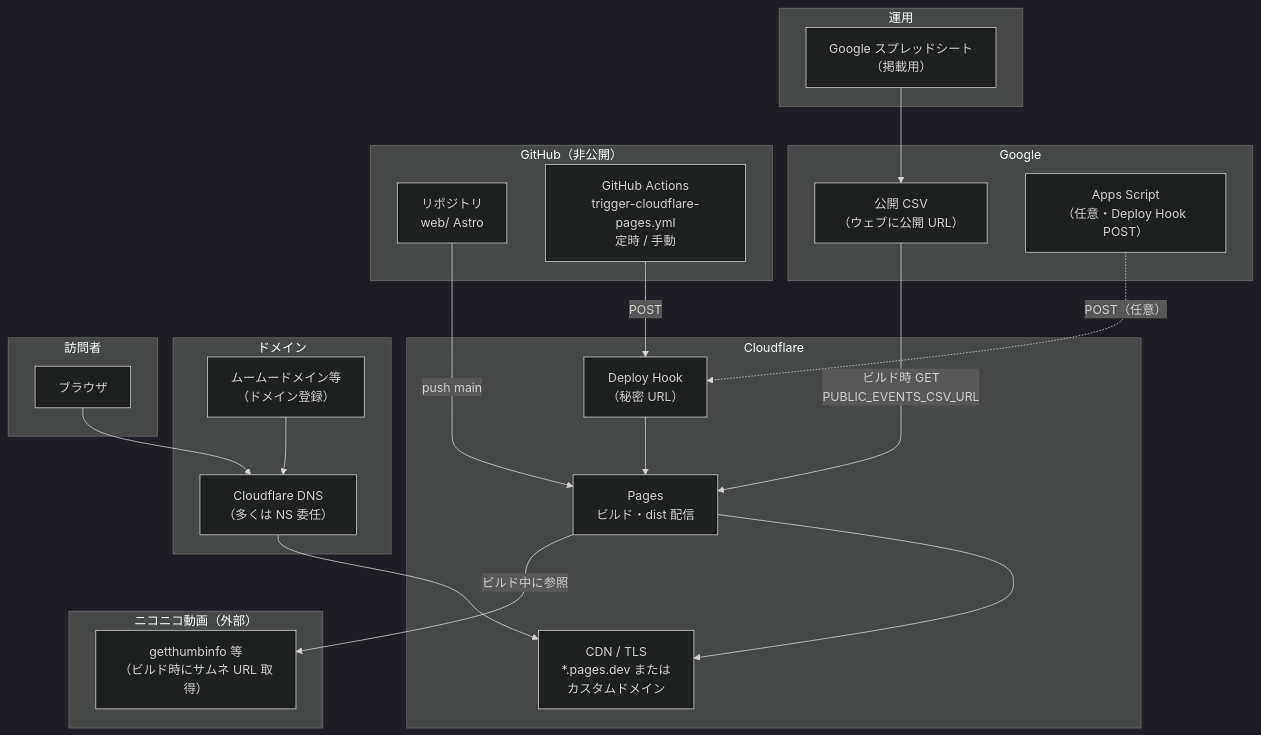
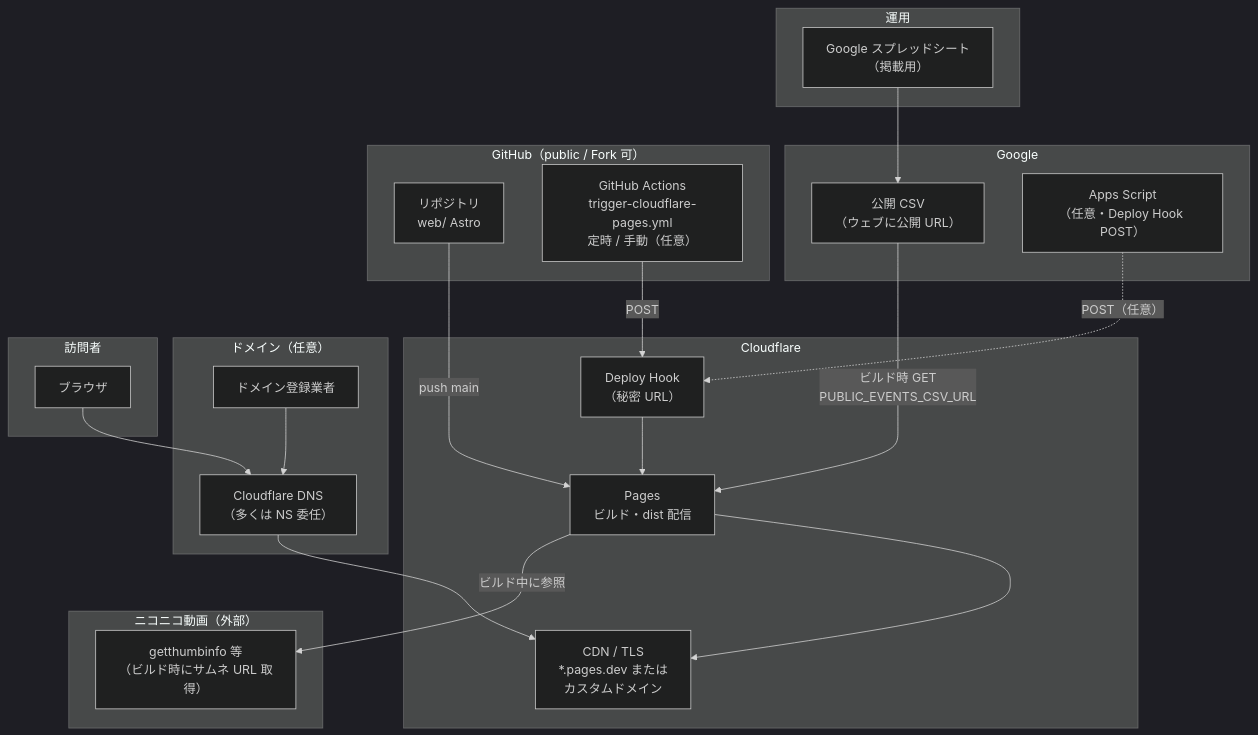
One commit to shimayu22/niconico-event-schedule changed the first of 3 diagrams in doc/サイト構成図.md. Above: the diagram before and after it, drawn with Mermaid (dark theme). The commit also changed other lines of this file and 6 other files, not shown here.

````diff
--- a/doc/サイト構成図.md
+++ b/doc/サイト構成図.md
@@ -13,47 +13,47 @@
 ```mermaid
 flowchart TB
   subgraph ops["運用"]
     Sheet["Google スプレッドシート\n（掲載用）"]
   end
 
   subgraph google["Google"]
     PubCSV["公開 CSV\n（ウェブに公開 URL）"]
     GAS["Apps Script\n（任意・Deploy Hook POST）"]
   end
 
-  subgraph github["GitHub（非公開）"]
+  subgraph github["GitHub（public / Fork 可）"]
     Repo["リポジトリ\nweb/ Astro"]
-    Actions["GitHub Actions\ntrigger-cloudflare-pages.yml\n定時 / 手動"]
+    Actions["GitHub Actions\ntrigger-cloudflare-pages.yml\n定時 / 手動（任意）"]
   end
 
   subgraph cloudflare["Cloudflare"]
     Hook["Deploy Hook\n（秘密 URL）"]
     Pages["Pages\nビルド・dist 配信"]
     Edge["CDN / TLS\n*.pages.dev または\nカスタムドメイン"]
   end
 
   subgraph nicovideo["ニコニコ動画（外部）"]
     ThumbAPI["getthumbinfo 等\n（ビルド時にサムネ URL 取得）"]
   end
 
-  subgraph dns["ドメイン"]
-    Registrar["ムームードメイン等\n（ドメイン登録）"]
+  subgraph dns["ドメイン（任意）"]
+    Registrar["ドメイン登録業者"]
     CFZone["Cloudflare DNS\n（多くは NS 委任）"]
   end
 
   subgraph visitor["訪問者"]
     Browser["ブラウザ"]
   end
 
   Sheet --> PubCSV
   PubCSV -->|"ビルド時 GET\nPUBLIC_EVENTS_CSV_URL"| Pages
   Repo -->|"push main"| Pages
   Actions -->|"POST"| Hook
   GAS -.->|"POST（任意）"| Hook
   Hook --> Pages
   Pages -->|"ビルド中に参照"| ThumbAPI
   Pages --> Edge
   Registrar --> CFZone
   Browser --> CFZone
   CFZone --> Edge
 ```
````
